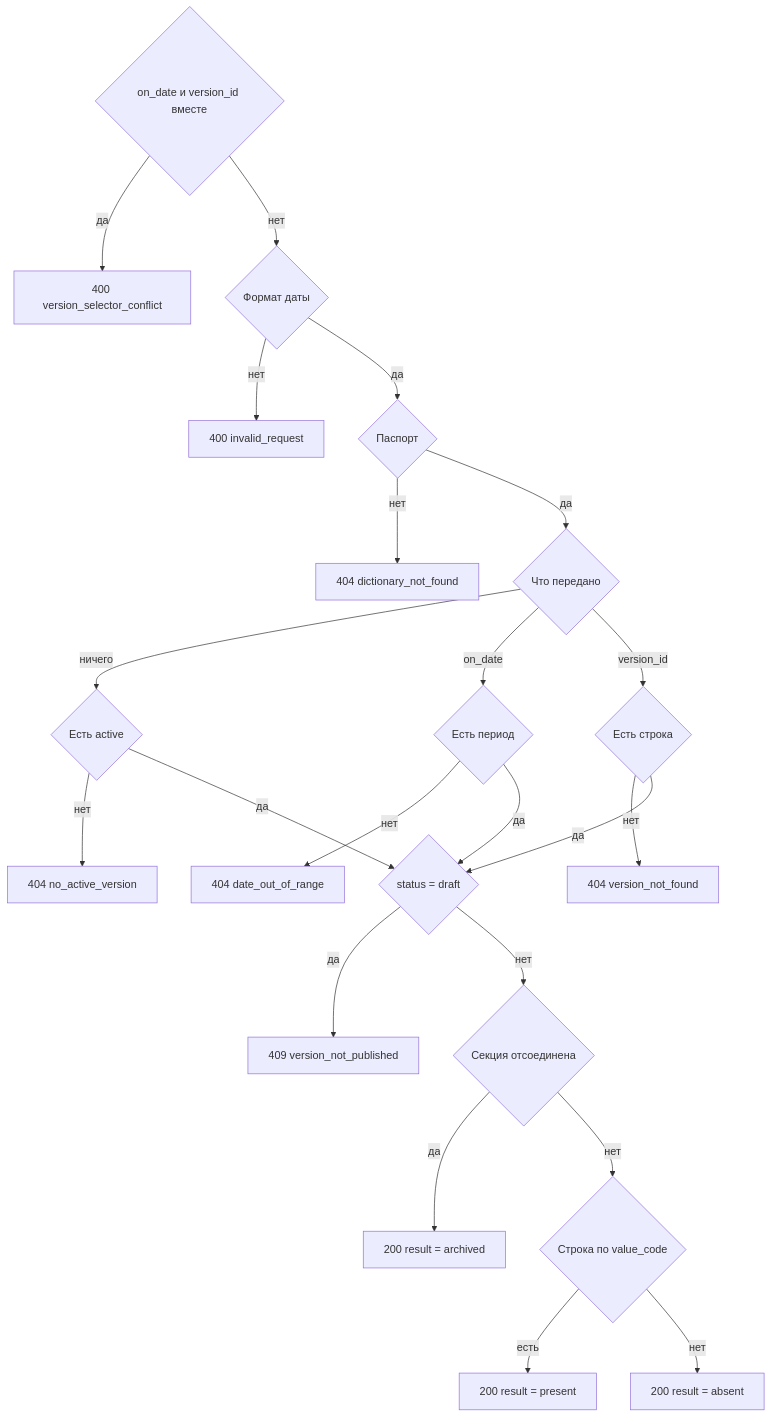
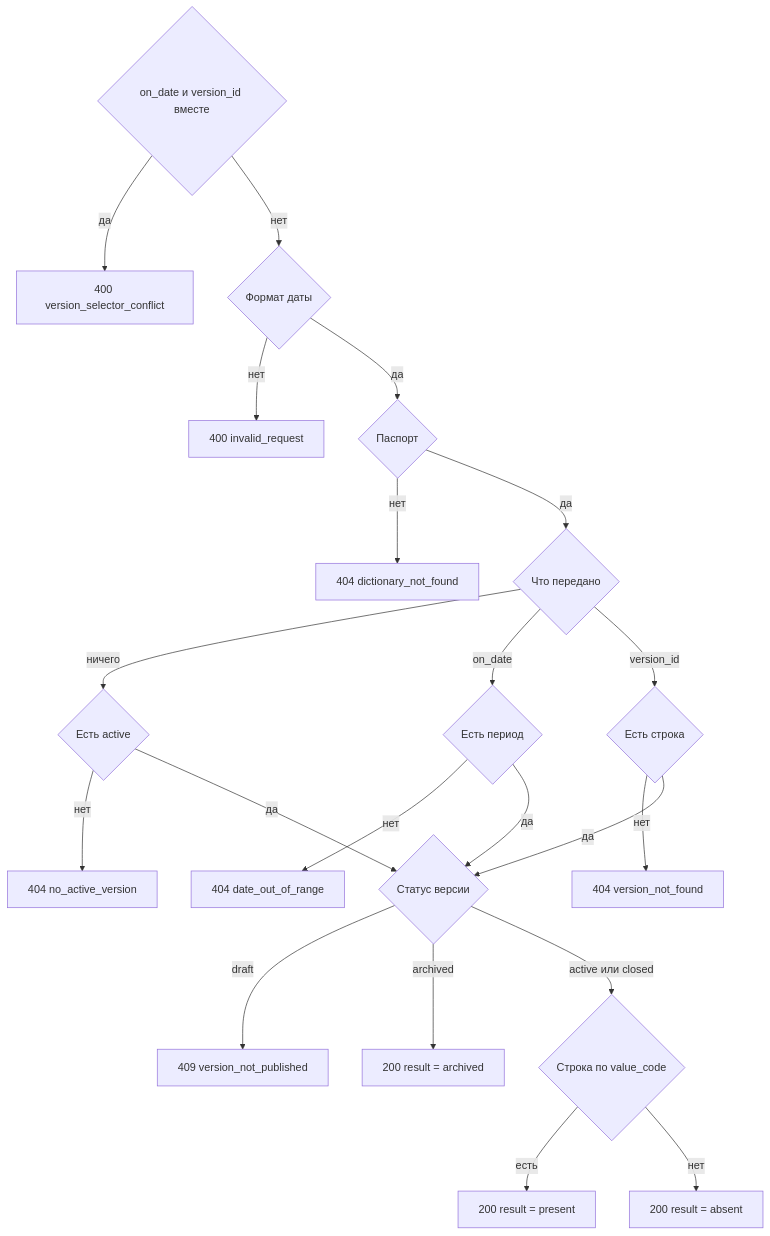
Before and after one commit to StrannikE95/reference_data: the diagram in docs/1. functional/v3/service.api/DataController/get_value.md, drawn with Mermaid. The commit also changed other lines of this file and 11 other files, not shown here.

````diff
--- a/docs/1. functional/v3/service.api/DataController/get_value.md
+++ b/docs/1. functional/v3/service.api/DataController/get_value.md
@@ -76,24 +76,23 @@
 ```mermaid
 flowchart TD
   both{"on_date и version_id вместе"} -->|да| conflict["400 version_selector_conflict"]
   both -->|нет| fmt{"Формат даты"}
   fmt -->|нет| bad["400 invalid_request"]
   fmt -->|да| pas{"Паспорт"}
   pas -->|нет| d404["404 dictionary_not_found"]
   pas -->|да| mode{"Что передано"}
   mode -->|ничего| active{"Есть active"}
   mode -->|on_date| period{"Есть период"}
   mode -->|version_id| byId{"Есть строка"}
   active -->|нет| noAct["404 no_active_version"]
   period -->|нет| oor["404 date_out_of_range"]
   byId -->|нет| nf["404 version_not_found"]
-  active -->|да| draft{"status = draft"}
-  period -->|да| draft
-  byId -->|да| draft
-  draft -->|да| np["409 version_not_published"]
-  draft -->|нет| arch{"Секция отсоединена"}
-  arch -->|да| gone["200 result = archived"]
-  arch -->|нет| q{"Строка по value_code"}
+  active -->|да| st{"Статус версии"}
+  period -->|да| st
+  byId -->|да| st
+  st -->|draft| np["409 version_not_published"]
+  st -->|archived| gone["200 result = archived"]
+  st -->|active или closed| q{"Строка по value_code"}
   q -->|есть| pres["200 result = present"]
   q -->|нет| abs["200 result = absent"]
 ```
````
